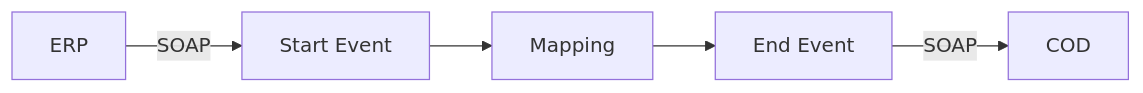
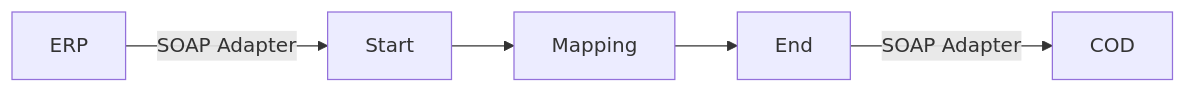
The diagram in REPSOL - Demo IA Docs/Check_Connectivity_from_SAP_Business_Suite_-_REPSOL/1.0.3/readme.md (Avvale-IA-CICD/AvvaleCPI), drawn with Mermaid before and after one commit. The commit also changed other lines of this file, not shown here.

````diff
--- a/REPSOL - Demo IA Docs/Check_Connectivity_from_SAP_Business_Suite_-_REPSOL/1.0.3/readme.md
+++ b/REPSOL - Demo IA Docs/Check_Connectivity_from_SAP_Business_Suite_-_REPSOL/1.0.3/readme.md
@@ -4,13 +4,13 @@
 ```mermaid
 graph LR
     ERP[ERP]
     COD[COD]
-    StartEvent[Start Event]
+    Start[Start]
     Mapping[Mapping]
-    EndEvent[End Event]
+    End[End]
 
-    ERP -- SOAP --> StartEvent
-    StartEvent --> Mapping
-    Mapping --> EndEvent
-    EndEvent -- SOAP --> COD
+    ERP -- SOAP Adapter --> Start
+    Start --> Mapping
+    Mapping --> End
+    End -- SOAP Adapter --> COD
 ```
````
